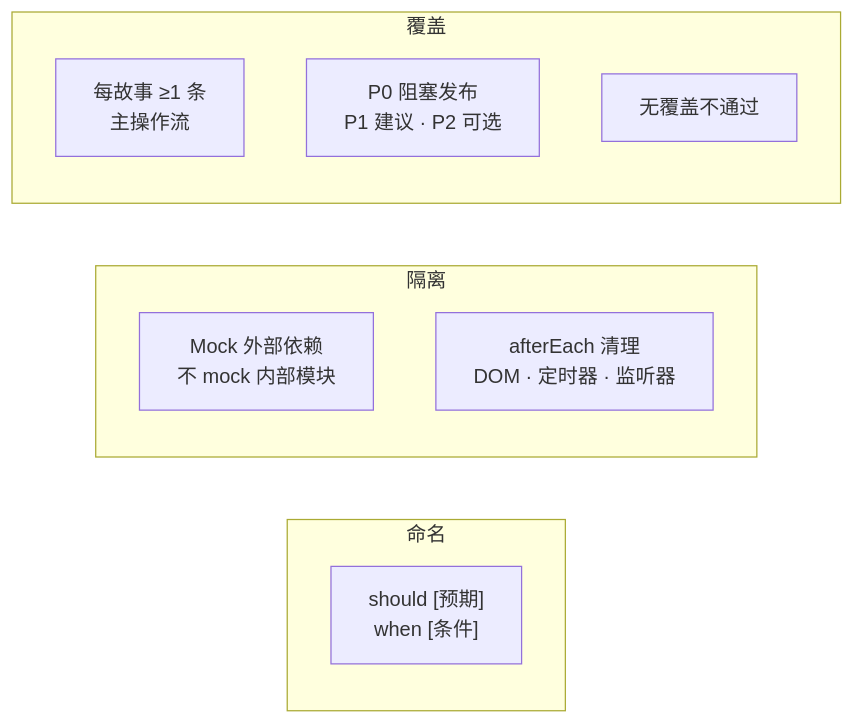
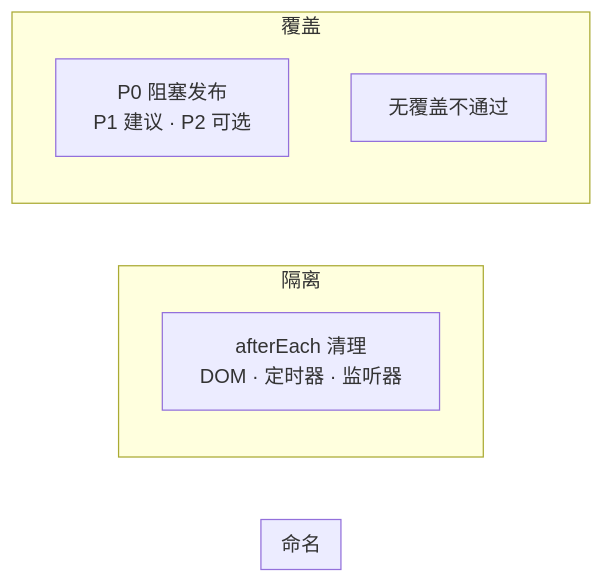
The fifth of 8 diagrams in agents/tester.md (effiy/YrY), drawn with Mermaid before and after one commit. The commit also changed other lines of this file and 42 other files, not shown here.

First line of the commit message:
feat: apply Mermaid authoring rules (M1-M12) across entire codebase

````diff
--- a/agents/tester.md
+++ b/agents/tester.md
@@ -121,16 +133,17 @@
 ```mermaid
 flowchart LR
     subgraph 命名["命名"]
-        R1["should [预期]<br/>when [条件]"]:::rule
+        direction TB
     end
     subgraph 隔离["隔离"]
-        R2["Mock 外部依赖<br/>不 mock 内部模块"]:::rule
+        direction TB
         R3["afterEach 清理<br/>DOM · 定时器 · 监听器"]:::rule
     end
     subgraph 覆盖["覆盖"]
-        R4["每故事 ≥1 条<br/>主操作流"]:::rule
+        direction TB
         R5["P0 阻塞发布<br/>P1 建议 · P2 可选"]:::rule
         R6["无覆盖不通过"]:::rule
     end
 
+
 ```
````
